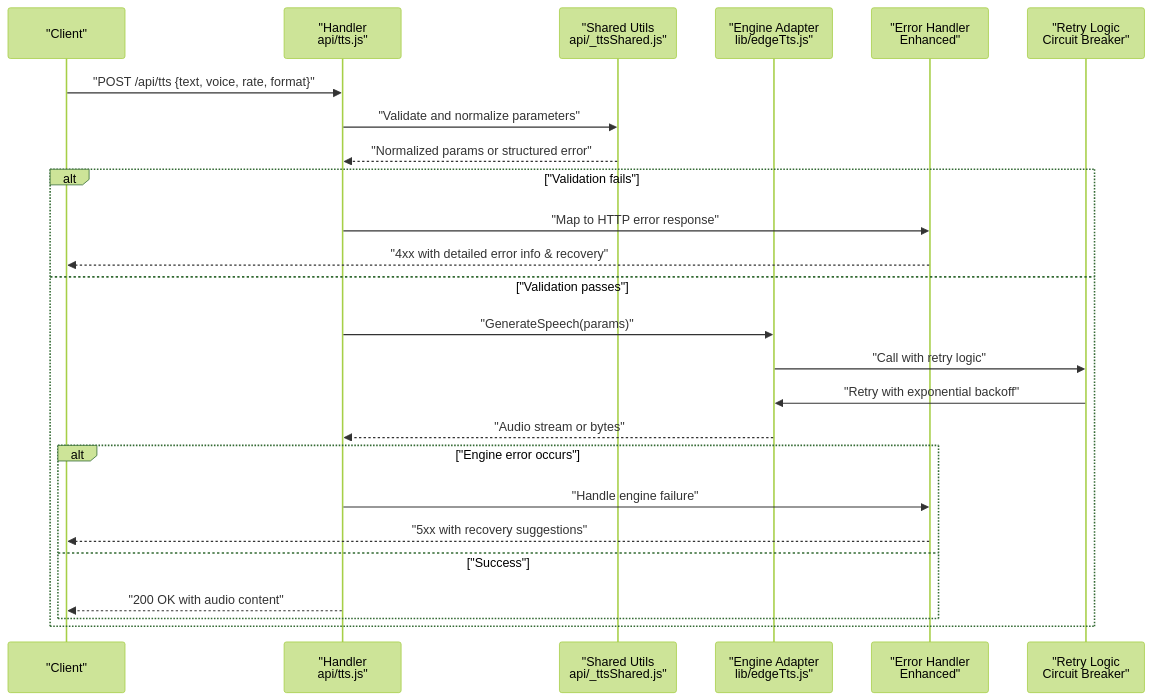
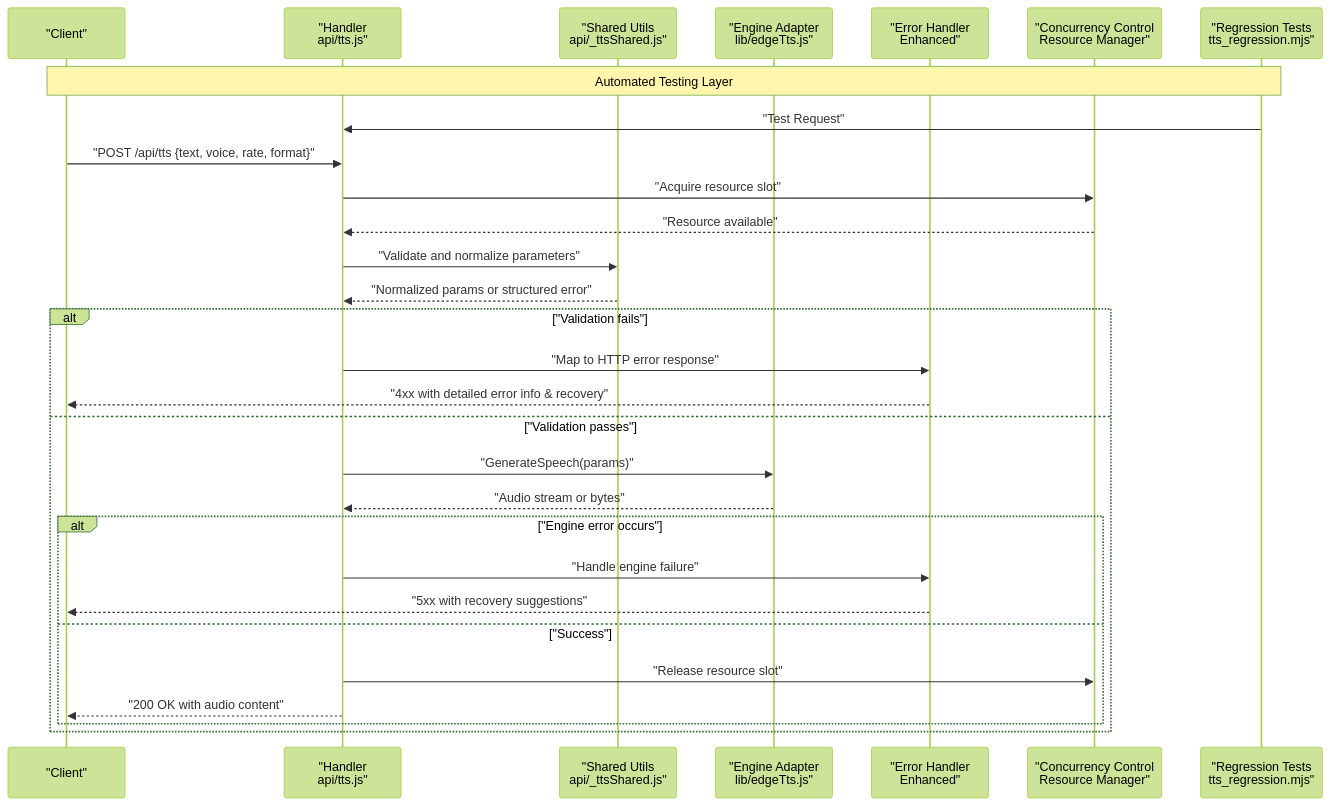
Before and after one commit to zmyeo54/briefroom: the second of 6 diagrams in .qoder/repowiki/en/content/API Reference/Text-to-Speech API.md, drawn with Mermaid (forest theme). The commit also changed other lines of this file and 13 other files, not shown here.

````diff
--- a/.qoder/repowiki/en/content/API Reference/Text-to-Speech API.md
+++ b/.qoder/repowiki/en/content/API Reference/Text-to-Speech API.md
@@ -92,27 +102,31 @@
 ```mermaid
 sequenceDiagram
 participant C as "Client"
 participant H as "Handler<br/>api/tts.js"
 participant S as "Shared Utils<br/>api/_ttsShared.js"
 participant E as "Engine Adapter<br/>lib/edgeTts.js"
 participant EH as "Error Handler<br/>Enhanced"
-participant RB as "Retry Logic<br/>Circuit Breaker"
+participant CC as "Concurrency Control<br/>Resource Manager"
+participant RT as "Regression Tests<br/>tts_regression.mjs"
+Note over RT,C : Automated Testing Layer
+RT->>H : "Test Request"
 C->>H : "POST /api/tts {text, voice, rate, format}"
+H->>CC : "Acquire resource slot"
+CC-->>H : "Resource available"
 H->>S : "Validate and normalize parameters"
 S-->>H : "Normalized params or structured error"
 alt "Validation fails"
 H->>EH : "Map to HTTP error response"
 EH-->>C : "4xx with detailed error info & recovery"
 else "Validation passes"
 H->>E : "GenerateSpeech(params)"
-E->>RB : "Call with retry logic"
-RB->>E : "Retry with exponential backoff"
 E-->>H : "Audio stream or bytes"
 alt "Engine error occurs"
 H->>EH : "Handle engine failure"
 EH-->>C : "5xx with recovery suggestions"
 else "Success"
+H->>CC : "Release resource slot"
 H-->>C : "200 OK with audio content"
 end
 end
 ```
````
